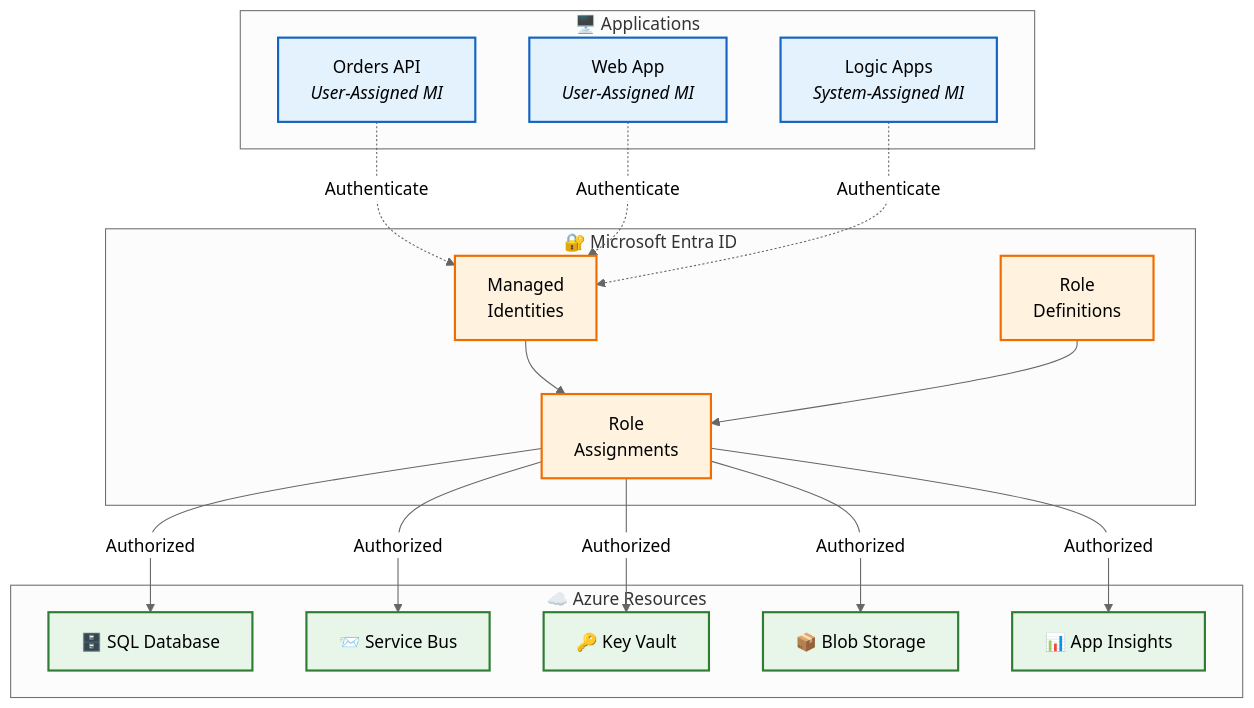
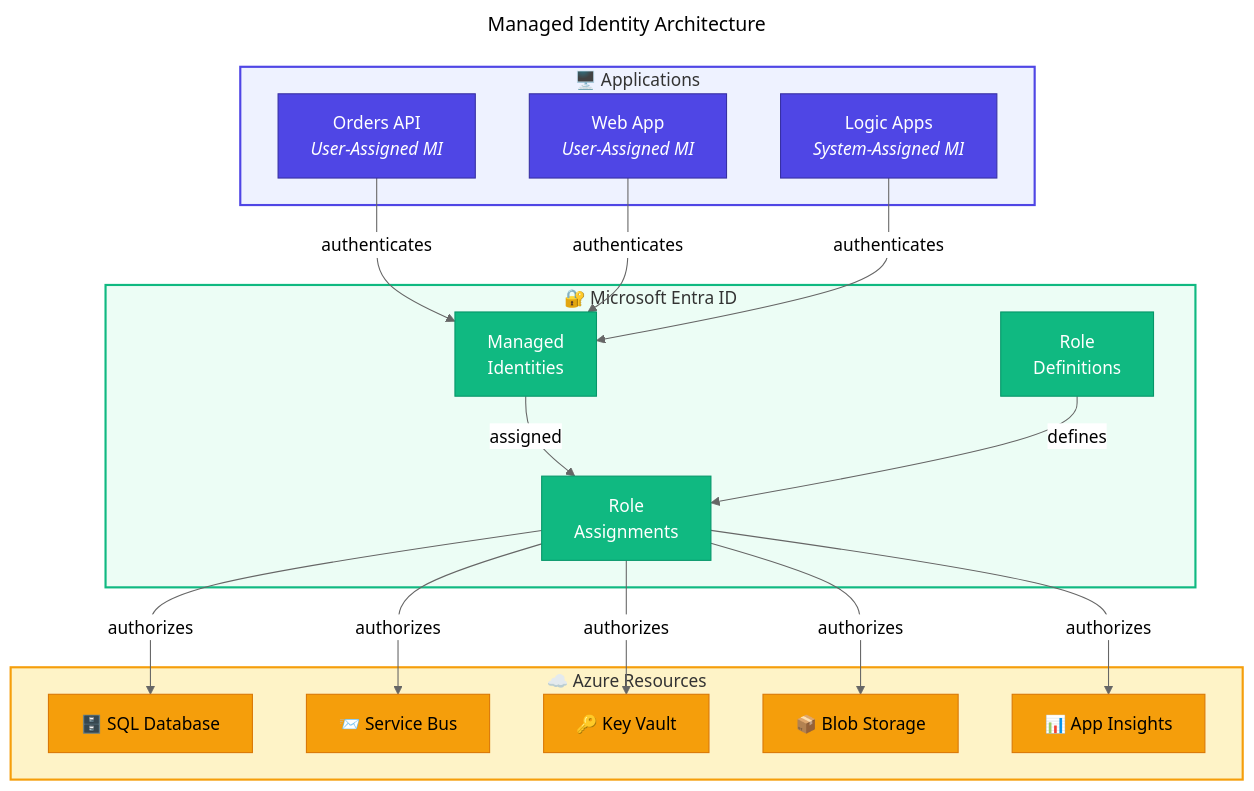
One commit to Evilazaro/Azure-LogicApps-Monitoring changed the first of 5 diagrams in docs/architecture/06-security-architecture.md. Above: the diagram before and after it, drawn with Mermaid (neutral theme). The commit also changed other lines of this file, not shown here.

Commit message:
feat: Revise security architecture diagrams with enhanced structure, connections, and visual styles

````diff
--- a/docs/architecture/06-security-architecture.md
+++ b/docs/architecture/06-security-architecture.md
@@ -23,35 +23,55 @@
 ```mermaid
+---
+title: Managed Identity Architecture
+---
 flowchart TB
+    %% ===== APPLICATIONS =====
     subgraph Apps["🖥️ Applications"]
         API["Orders API<br/><i>User-Assigned MI</i>"]
         Web["Web App<br/><i>User-Assigned MI</i>"]
         LA["Logic Apps<br/><i>System-Assigned MI</i>"]
     end
 
+    %% ===== IDENTITY =====
     subgraph Identity["🔐 Microsoft Entra ID"]
         MI["Managed<br/>Identities"]
         Roles["Role<br/>Definitions"]
         RBAC["Role<br/>Assignments"]
     end
 
+    %% ===== RESOURCES =====
     subgraph Resources["☁️ Azure Resources"]
         SQL["🗄️ SQL Database"]
         SB["📨 Service Bus"]
         KV["🔑 Key Vault"]
         Storage["📦 Blob Storage"]
         AI["📊 App Insights"]
     end
 
-    API & Web & LA -.->|"Authenticate"| MI
-    MI --> RBAC
-    RBAC -->|"Authorized"| SQL & SB & KV & Storage & AI
-    Roles --> RBAC
+    %% ===== CONNECTIONS =====
+    API -->|"authenticates"| MI
+    Web -->|"authenticates"| MI
+    LA -->|"authenticates"| MI
+    MI -->|"assigned"| RBAC
+    Roles -->|"defines"| RBAC
+    RBAC -->|"authorizes"| SQL
+    RBAC -->|"authorizes"| SB
+    RBAC -->|"authorizes"| KV
+    RBAC -->|"authorizes"| Storage
+    RBAC -->|"authorizes"| AI
 
-    classDef app fill:#e3f2fd,stroke:#1565c0,stroke-width:2px
-    classDef identity fill:#fff3e0,stroke:#ef6c00,stroke-width:2px
-    classDef resource fill:#e8f5e9,stroke:#2e7d32,stroke-width:2px
+    %% ===== STYLES - NODE CLASSES =====
+    classDef primary fill:#4F46E5,stroke:#3730A3,color:#FFFFFF
+    classDef secondary fill:#10B981,stroke:#059669,color:#FFFFFF
+    classDef datastore fill:#F59E0B,stroke:#D97706,color:#000000
 
-    class API,Web,LA app
-    class MI,Roles,RBAC identity
-    class SQL,SB,KV,Storage,AI resource
+    %% ===== CLASS ASSIGNMENTS =====
+    class API,Web,LA primary
+    class MI,Roles,RBAC secondary
+    class SQL,SB,KV,Storage,AI datastore
+
+    %% ===== SUBGRAPH STYLES =====
+    style Apps fill:#EEF2FF,stroke:#4F46E5,stroke-width:2px
+    style Identity fill:#ECFDF5,stroke:#10B981,stroke-width:2px
+    style Resources fill:#FEF3C7,stroke:#F59E0B,stroke-width:2px
 ```
````
